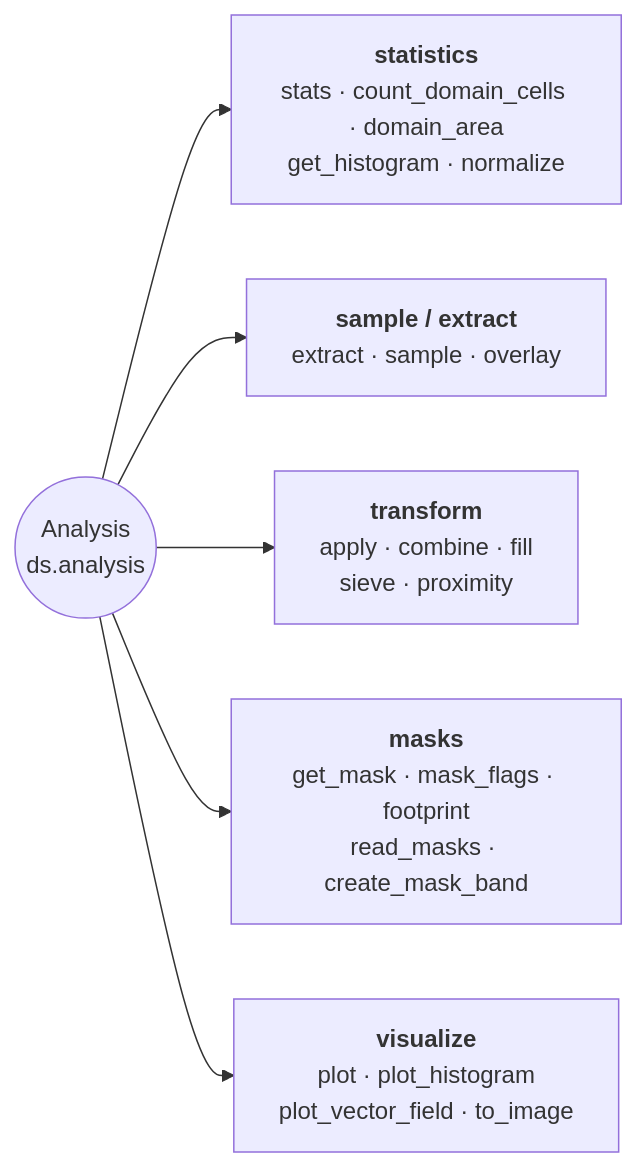
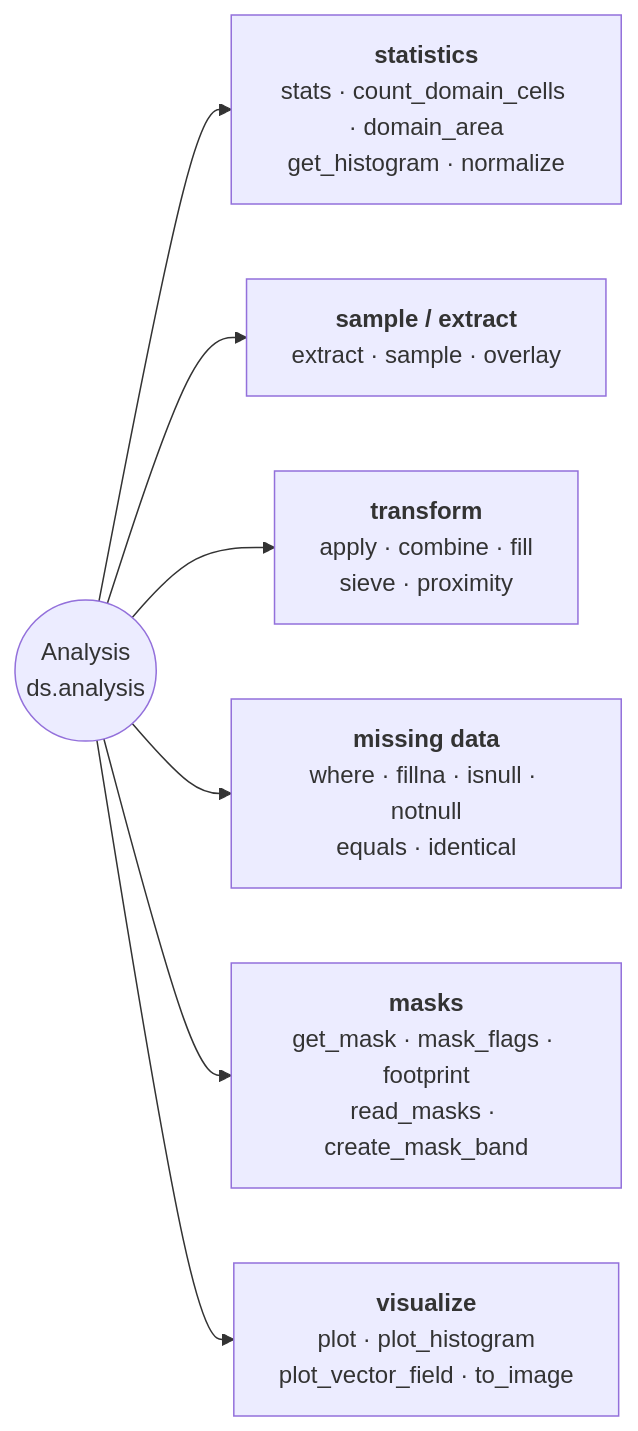
Before and after one commit to serapeum-org/pyramids: the diagram in docs/reference/dataset/analysis.md, drawn with Mermaid. The commit also changed other lines of this file and 18 other files, not shown here.

````diff
--- a/docs/reference/dataset/analysis.md
+++ b/docs/reference/dataset/analysis.md
@@ -5,9 +5,10 @@
 ```mermaid
 flowchart LR
     AN(("Analysis<br/>ds.analysis"))
     AN --> S["<b>statistics</b><br/>stats · count_domain_cells · domain_area<br/>get_histogram · normalize"]
     AN --> E["<b>sample / extract</b><br/>extract · sample · overlay"]
     AN --> T["<b>transform</b><br/>apply · combine · fill<br/>sieve · proximity"]
+    AN --> N["<b>missing data</b><br/>where · fillna · isnull · notnull<br/>equals · identical"]
     AN --> M["<b>masks</b><br/>get_mask · mask_flags · footprint<br/>read_masks · create_mask_band"]
     AN --> V["<b>visualize</b><br/>plot · plot_histogram<br/>plot_vector_field · to_image"]
 ```
````
